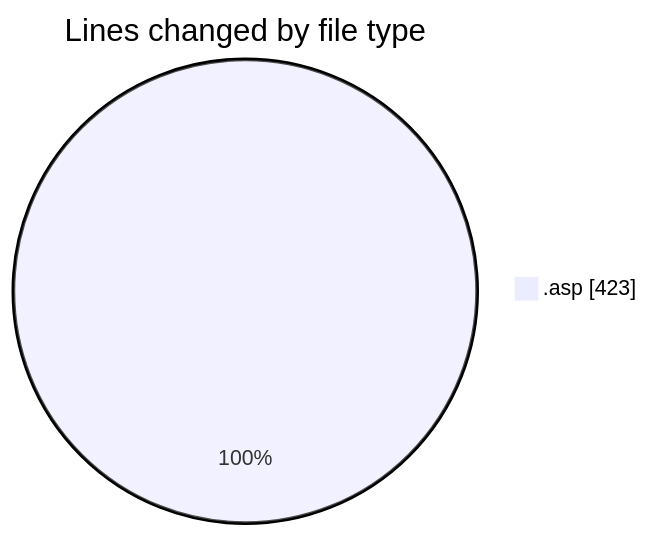
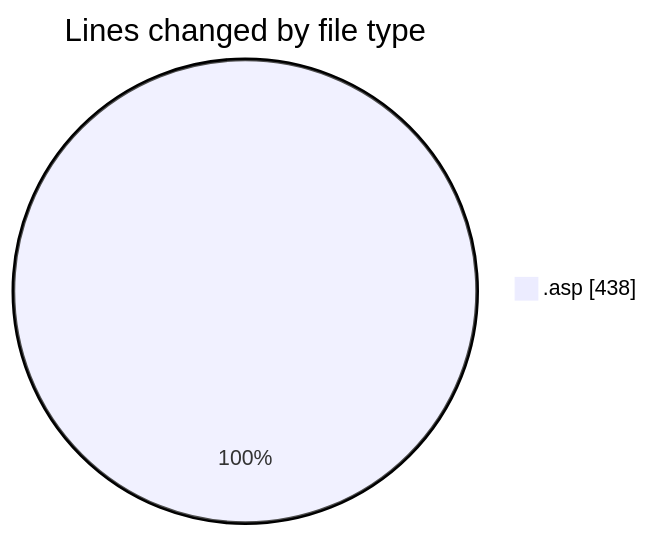
The first of 2 diagrams in 2025-11-12/cdp_aleoudev_fr__workspace_/README.md (julien-gomy/code-tracking), drawn with Mermaid before and after one commit. The commit also changed other lines of this file and 1 other file, not shown here.

````diff
--- a/2025-11-12/cdp_aleoudev_fr__workspace_/README.md
+++ b/2025-11-12/cdp_aleoudev_fr__workspace_/README.md
@@ -22,5 +22,5 @@
 ```mermaid
 pie showData
 title Lines changed by file type
-".asp" : 423
+".asp" : 438
 ```
````
